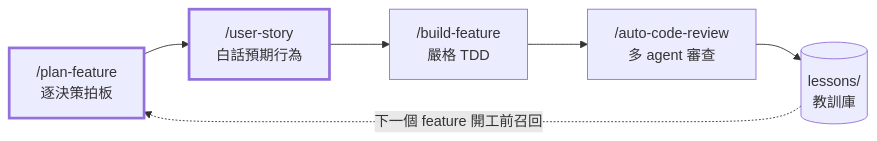
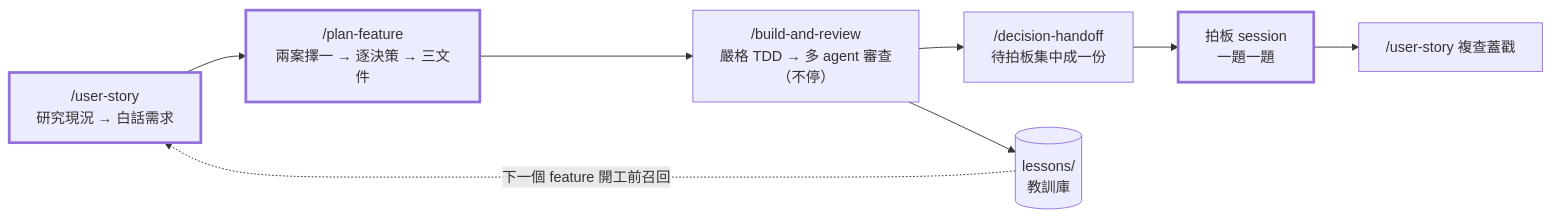
Before and after one commit to wrbyepct/sdd-harness: the diagram in README.md, drawn with Mermaid. The commit also changed other lines of this file and 22 other files, not shown here.

Commit message:
sdd-harness 0.2.0: user story first, two-architecture proposal, unattended build→review with decisions-pending, conventions & product principles templates, agent_bash_guard hook

````diff
--- a/README.md
+++ b/README.md
@@ -16,12 +18,15 @@
 ```mermaid
 flowchart LR
-    P["/plan-feature<br/>逐決策拍板"] --> U["/user-story<br/>白話預期行為"]
-    U --> B["/build-feature<br/>嚴格 TDD"]
-    B --> R["/auto-code-review<br/>多 agent 審查"]
-    R --> L[("lessons/<br/>教訓庫")]
-    L -. 下一個 feature 開工前召回 .-> P
+    U["/user-story<br/>研究現況 → 白話需求"] --> P["/plan-feature<br/>兩案擇一 → 逐決策 → 三文件"]
+    P --> B["/build-and-review<br/>嚴格 TDD → 多 agent 審查<br/>（不停）"]
+    B --> D["/decision-handoff<br/>待拍板集中成一份"]
+    D --> H["拍板 session<br/>一題一題"]
+    H --> V["/user-story 複查蓋戳"]
+    B --> L[("lessons/<br/>教訓庫")]
+    L -. 下一個 feature 開工前召回 .-> U
 
+    U:::gate
     P:::gate
-    U:::gate
+    H:::gate
     classDef gate stroke-width:3px
 ```
````
